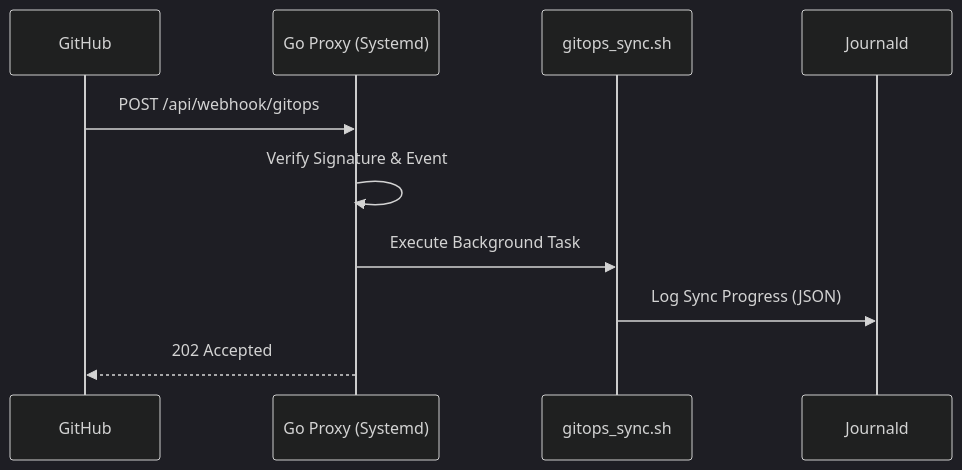
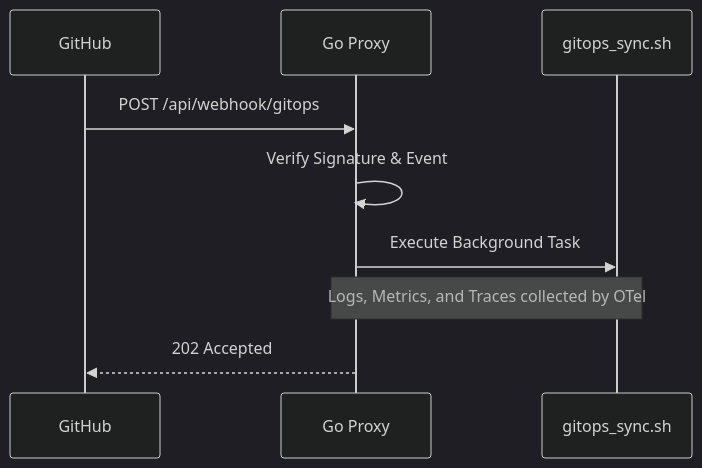
The diagram in docs/architecture/core-concepts/automation.md (victoriacheng15/observability-hub), drawn with Mermaid (dark theme) before and after one commit. The commit also changed other lines of this file and 29 other files, not shown here.

Commit message:
docs(architecture): update telemetry flow and OTel-first approach (#228)

````diff
--- a/docs/architecture/core-concepts/automation.md
+++ b/docs/architecture/core-concepts/automation.md
@@ -37,13 +36,12 @@
 ```mermaid
 sequenceDiagram
     participant GitHub
-    participant Proxy as Go Proxy (Systemd)
+    participant Proxy as Go Proxy
     participant Script as gitops_sync.sh
-    participant Journal as Journald
 
     GitHub->>Proxy: POST /api/webhook/gitops
     Proxy->>Proxy: Verify Signature & Event
     Proxy->>Script: Execute Background Task
-    Script->>Journal: Log Sync Progress (JSON)
+    Note over Script, Proxy: Logs, Metrics, and Traces collected by OTel
     Proxy-->>GitHub: 202 Accepted
 ```
````
